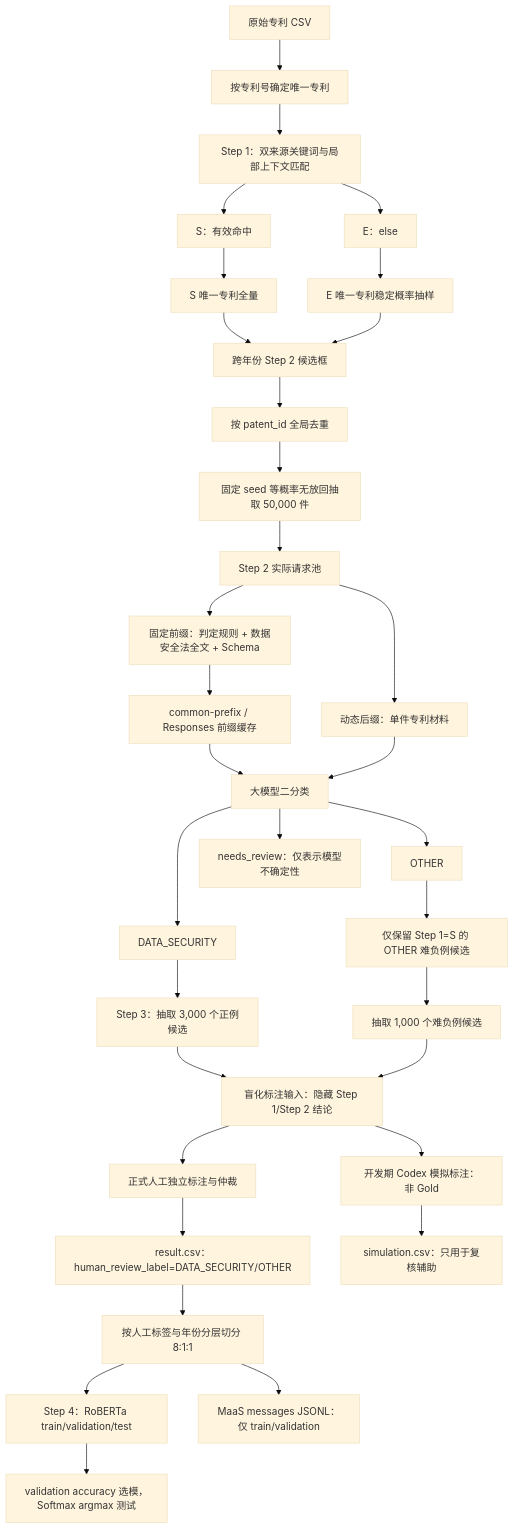
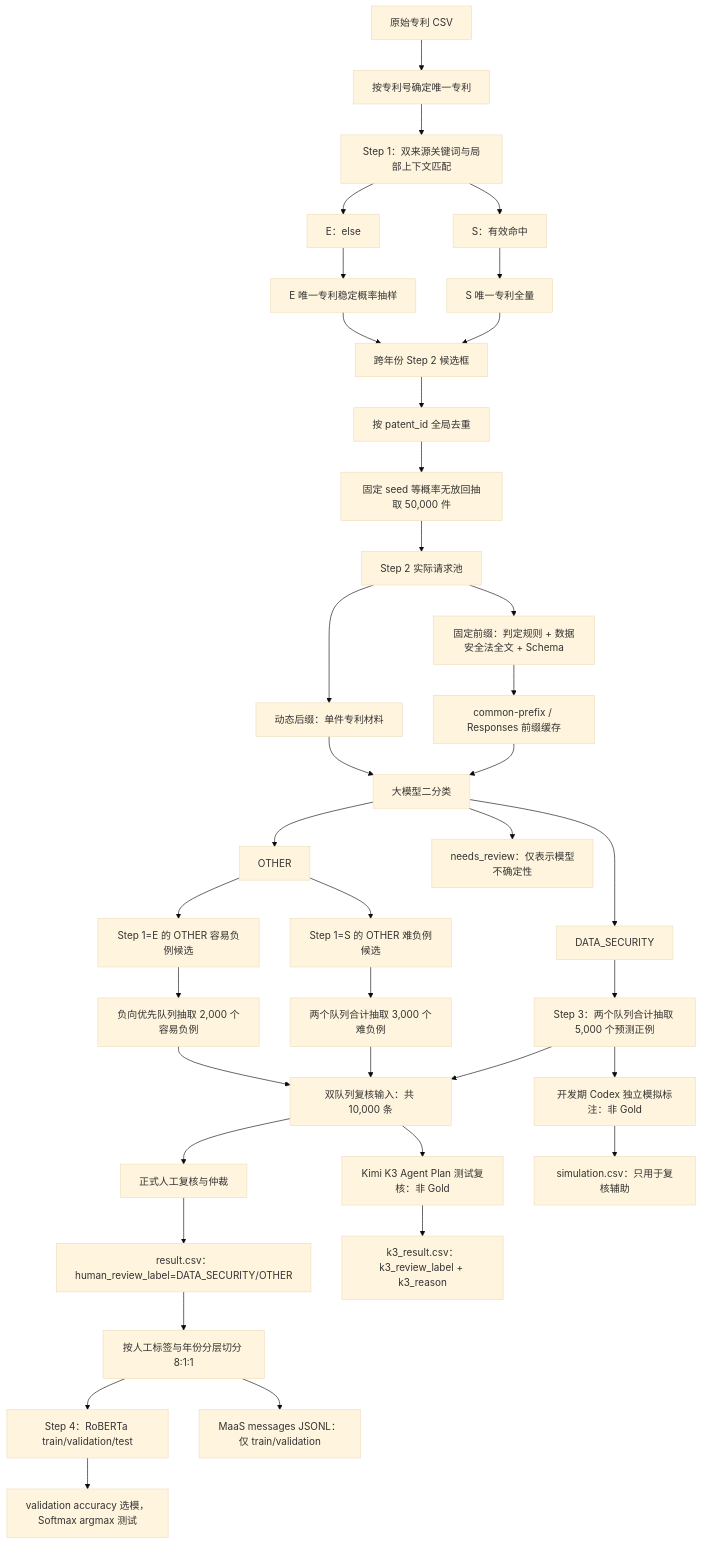
One commit to icy-swan/patent-data-security changed the diagram in docs/patent_identification_methodology.md. Above: the diagram before and after it, drawn with Mermaid (base theme). The commit also changed other lines of this file and 9 other files, not shown here.

````diff
--- a/docs/patent_identification_methodology.md
+++ b/docs/patent_identification_methodology.md
@@ -75,35 +75,40 @@
 ```mermaid
 flowchart TB
     A["原始专利 CSV"] --> DEDUP["按专利号确定唯一专利"]
     DEDUP --> K["Step 1：双来源关键词与局部上下文匹配"]
     K --> S["S：有效命中"]
     K --> E["E：else"]
     S --> SA["S 唯一专利全量"]
     E --> ES["E 唯一专利稳定概率抽样"]
     SA --> Q["跨年份 Step 2 候选框"]
     ES --> Q
     Q --> GDEDUP["按 patent_id 全局去重"]
     GDEDUP --> SAMPLE["固定 seed 等概率无放回抽取 50,000 件"]
     SAMPLE --> REQUESTS["Step 2 实际请求池"]
     REQUESTS --> P["固定前缀：判定规则 + 数据安全法全文 + Schema"]
     REQUESTS --> X["动态后缀：单件专利材料"]
     P --> CACHE["common-prefix / Responses 前缀缓存"]
     CACHE --> LLM["大模型二分类"]
     X --> LLM
     LLM --> DS["DATA_SECURITY"]
     LLM --> O["OTHER"]
     LLM --> REVIEW["needs_review：仅表示模型不确定性"]
-    DS --> POS["Step 3：抽取 3,000 个正例候选"]
-    O --> HARD["仅保留 Step 1=S 的 OTHER 难负例候选"]
-    HARD --> NEG["抽取 1,000 个难负例候选"]
-    POS --> BLIND["盲化标注输入：隐藏 Step 1/Step 2 结论"]
-    NEG --> BLIND
-    BLIND --> HUMAN["正式人工独立标注与仲裁"]
-    BLIND --> CODEX["开发期 Codex 模拟标注：非 Gold"]
+    DS --> POS["Step 3：两个队列合计抽取 5,000 个预测正例"]
+    O --> HARD["Step 1=S 的 OTHER 难负例候选"]
+    O --> EASY["Step 1=E 的 OTHER 容易负例候选"]
+    HARD --> NEG["两个队列合计抽取 3,000 个难负例"]
+    EASY --> NEG2["负向优先队列抽取 2,000 个容易负例"]
+    POS --> REVIEW_INPUT["双队列复核输入：共 10,000 条"]
+    NEG --> REVIEW_INPUT
+    NEG2 --> REVIEW_INPUT
+    REVIEW_INPUT --> HUMAN["正式人工复核与仲裁"]
+    REVIEW_INPUT --> K3["Kimi K3 Agent Plan 测试复核：非 Gold"]
+    POS --> CODEX["开发期 Codex 独立模拟标注：非 Gold"]
     HUMAN --> RESULTS["result.csv：human_review_label=DATA_SECURITY/OTHER"]
     CODEX --> SIMULATION["simulation.csv：只用于复核辅助"]
+    K3 --> K3_RESULT["k3_result.csv：k3_review_label + k3_reason"]
     RESULTS --> SPLIT["按人工标签与年份分层切分 8:1:1"]
     SPLIT --> RDATA["Step 4：RoBERTa train/validation/test"]
     RDATA --> ROBERTA["validation accuracy 选模，Softmax argmax 测试"]
     SPLIT --> SFT["MaaS messages JSONL：仅 train/validation"]
 ```
````
